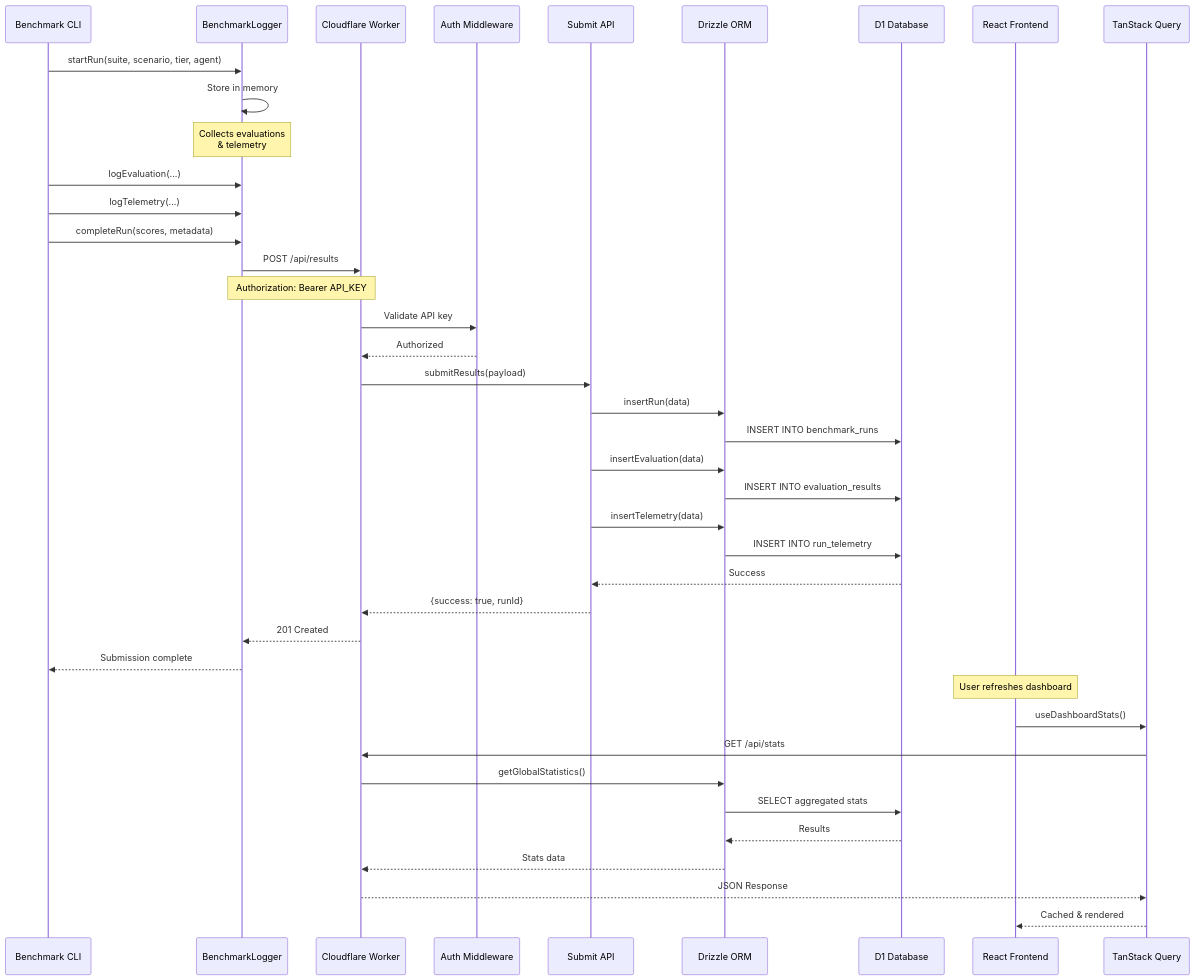
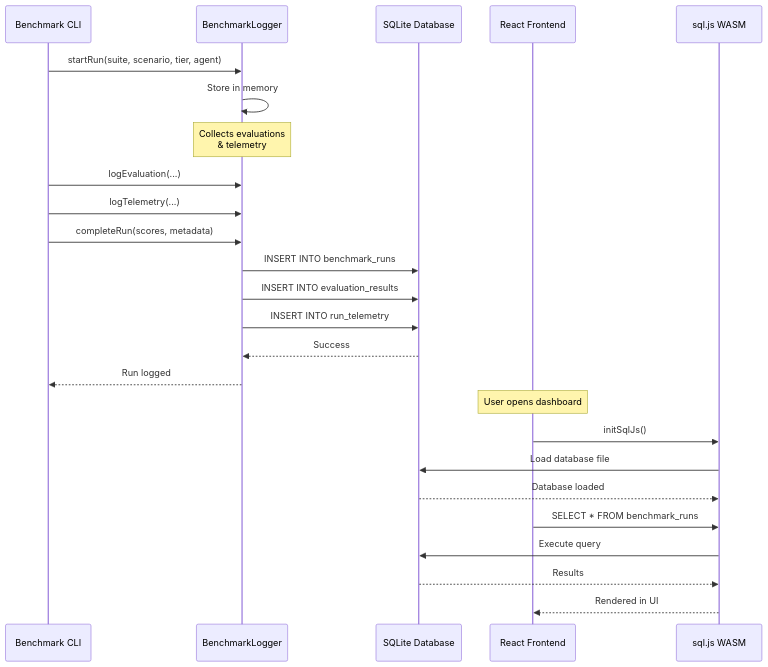
The fourth of 19 diagrams in ARCHITECTURE.md (ZephyrCloudIO/ze-benchmarks), drawn with Mermaid before and after one commit. The commit also changed other lines of this file and 10 other files, not shown here.

````diff
--- a/ARCHITECTURE.md
+++ b/ARCHITECTURE.md
@@ -207,45 +177,30 @@
 ```mermaid
 sequenceDiagram
     participant CLI as Benchmark CLI
     participant Logger as BenchmarkLogger
-    participant Worker as Cloudflare Worker
-    participant Auth as Auth Middleware
-    participant API as Submit API
-    participant ORM as Drizzle ORM
-    participant D1 as D1 Database
+    participant SQLite as SQLite Database
     participant Frontend as React Frontend
-    participant Query as TanStack Query
+    participant SQLJS as sql.js WASM
 
     CLI->>Logger: startRun(suite, scenario, tier, agent)
     Logger->>Logger: Store in memory
     Note over Logger: Collects evaluations<br/>& telemetry
     CLI->>Logger: logEvaluation(...)
     CLI->>Logger: logTelemetry(...)
     CLI->>Logger: completeRun(scores, metadata)
 
-    Logger->>Worker: POST /api/results
-    Note over Logger,Worker: Authorization: Bearer API_KEY
-    Worker->>Auth: Validate API key
-    Auth-->>Worker: Authorized
-    Worker->>API: submitResults(payload)
-    API->>ORM: insertRun(data)
-    ORM->>D1: INSERT INTO benchmark_runs
-    API->>ORM: insertEvaluation(data)
-    ORM->>D1: INSERT INTO evaluation_results
-    API->>ORM: insertTelemetry(data)
-    ORM->>D1: INSERT INTO run_telemetry
-    D1-->>API: Success
-    API-->>Worker: {success: true, runId}
-    Worker-->>Logger: 201 Created
-    Logger-->>CLI: Submission complete
+    Logger->>SQLite: INSERT INTO benchmark_runs
+    Logger->>SQLite: INSERT INTO evaluation_results
+    Logger->>SQLite: INSERT INTO run_telemetry
+    SQLite-->>Logger: Success
+    Logger-->>CLI: Run logged
 
-    Note over Frontend: User refreshes dashboard
-    Frontend->>Query: useDashboardStats()
-    Query->>Worker: GET /api/stats
-    Worker->>ORM: getGlobalStatistics()
-    ORM->>D1: SELECT aggregated stats
-    D1-->>ORM: Results
-    ORM-->>Worker: Stats data
-    Worker-->>Query: JSON Response
-    Query-->>Frontend: Cached & rendered
+    Note over Frontend: User opens dashboard
+    Frontend->>SQLJS: initSqlJs()
+    SQLJS->>SQLite: Load database file
+    SQLite-->>SQLJS: Database loaded
+    Frontend->>SQLJS: SELECT * FROM benchmark_runs
+    SQLJS->>SQLite: Execute query
+    SQLite-->>SQLJS: Results
+    SQLJS-->>Frontend: Rendered in UI
 ```
````
